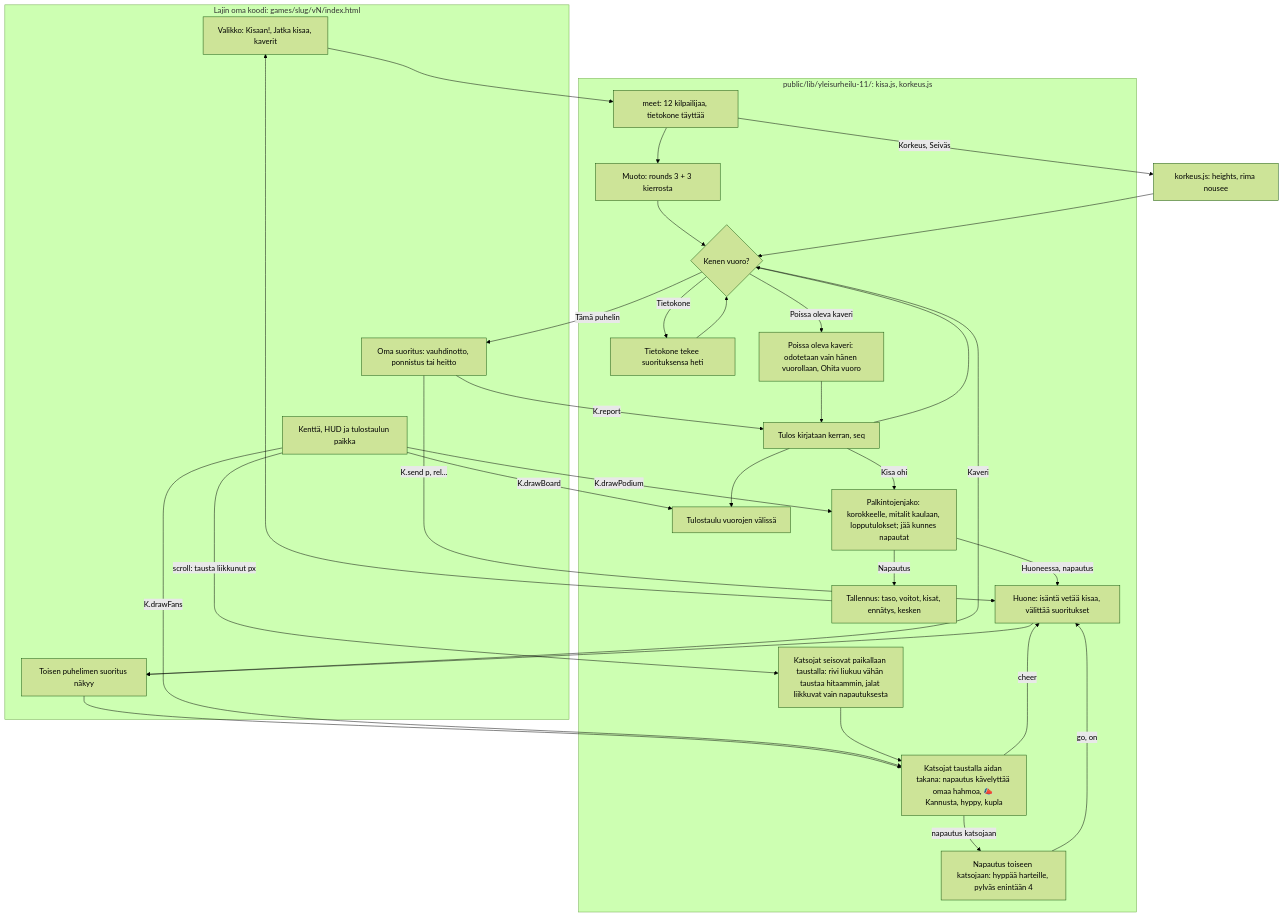
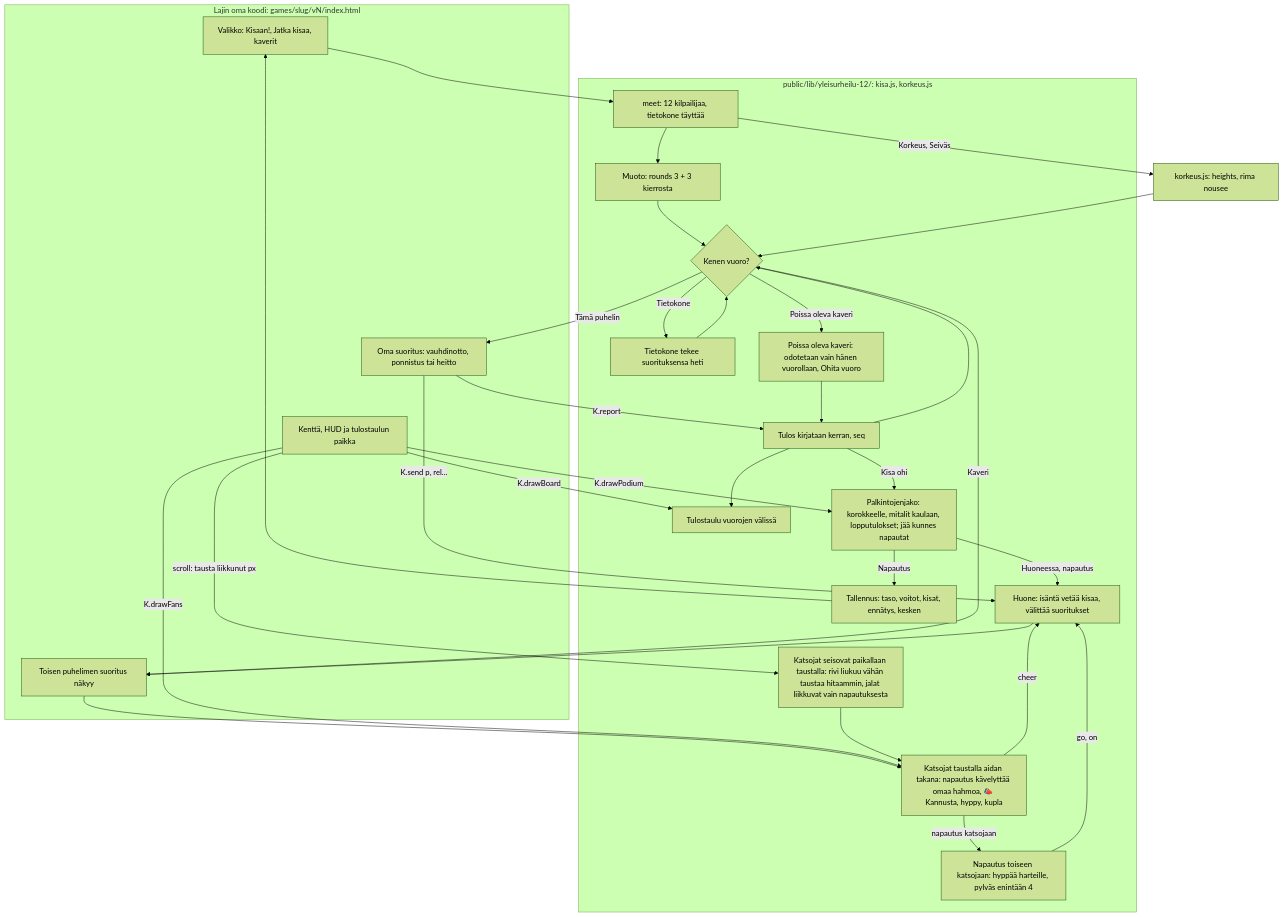
The diagram in docs/diagrams/yleisurheilu-kirjasto.md (eerovil/ai-pelit), drawn with Mermaid (forest theme) before and after one commit. The commit also changed other lines of this file and 21 other files, not shown here.

First line of the commit message:
Field events: a friend's run-up glides (yleisurheilu-12 glide, lib/sulava-1) (#480)

````diff
--- a/docs/diagrams/yleisurheilu-kirjasto.md
+++ b/docs/diagrams/yleisurheilu-kirjasto.md
@@ -36,52 +40,52 @@
 ```mermaid
 flowchart TD
   subgraph Peli[Lajin oma koodi: games/slug/vN/index.html]
     G1[Valikko: Kisaan!, Jatka kisaa, kaverit]
     G2[Oma suoritus: vauhdinotto, ponnistus tai heitto]
     G3[Toisen puhelimen suoritus näkyy]
     G4[Kenttä, HUD ja tulostaulun paikka]
   end
-  subgraph Kirjasto[public/lib/yleisurheilu-11/: kisa.js, korkeus.js]
+  subgraph Kirjasto[public/lib/yleisurheilu-12/: kisa.js, korkeus.js]
     K1[meet: 12 kilpailijaa, tietokone täyttää]
     K2[Muoto: rounds 3 + 3 kierrosta]
     K3{Kenen vuoro?}
     K4[Tietokone tekee suorituksensa heti]
     K5[Tulos kirjataan kerran, seq]
     K6[Tulostaulu vuorojen välissä]
     K9[Palkintojenjako: korokkeelle, mitalit kaulaan, lopputulokset; jää kunnes napautat]
     K7[Tallennus: taso, voitot, kisat, ennätys, kesken]
     K8[Huone: isäntä vetää kisaa, välittää suoritukset]
     K10[Katsojat taustalla aidan takana: napautus kävelyttää omaa hahmoa, 📣 Kannusta, hyppy, kupla]
     K13[Napautus toiseen katsojaan: hyppää harteille, pylväs enintään 4]
     K12[Katsojat seisovat paikallaan taustalla: rivi liukuu vähän taustaa hitaammin, jalat liikkuvat vain napautuksesta]
     K11[Poissa oleva kaveri: odotetaan vain hänen vuorollaan, Ohita vuoro]
   end
   G1 --> K1 --> K2 --> K3
   K1 -- Korkeus, Seiväs --> H1[korkeus.js: heights, rima nousee]
   H1 --> K3
   K3 -- Tietokone --> K4 --> K3
   K3 -- Poissa oleva kaveri --> K11 --> K5
   K3 -- Tämä puhelin --> G2
   K3 -- Kaveri --> G3
   G3 --> K10
   G4 -- K.drawFans --> K10
   G4 -- scroll: tausta liikkunut px --> K12
   K12 --> K10
   K10 -- napautus katsojaan --> K13
   K13 -- go, on --> K8
   K10 -- cheer --> K8
   G2 -- K.report --> K5
   G2 -- K.send p, rel... --> K8 --> G3
   K5 --> K3
   K5 --> K6
   K5 -- Kisa ohi --> K9
   K9 -- Napautus --> K7 --> G1
   K9 -- Huoneessa, napautus --> K8
   G4 -- K.drawBoard --> K6
   G4 -- K.drawPodium --> K9
   class G1,G2,G4 blue
   class G3,K8,K10,K11,K12,K13 violet
   class K3 amber
   class K1,K2,K4,K5,H1 teal
   class K6,K7,K9 green
 ```
````
